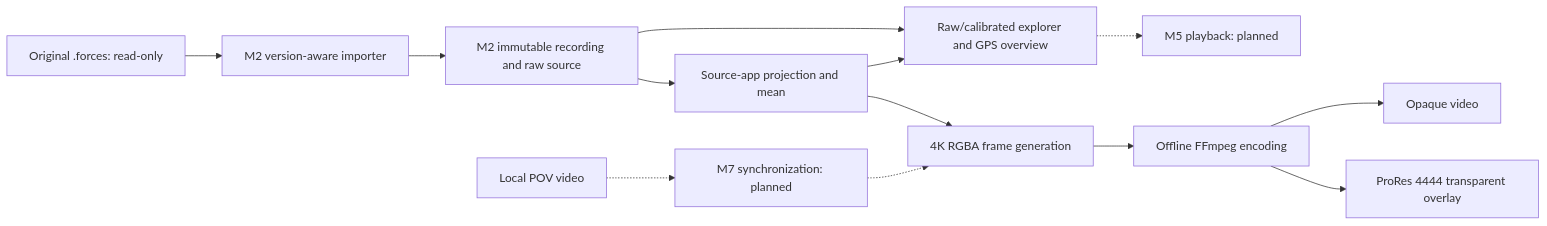
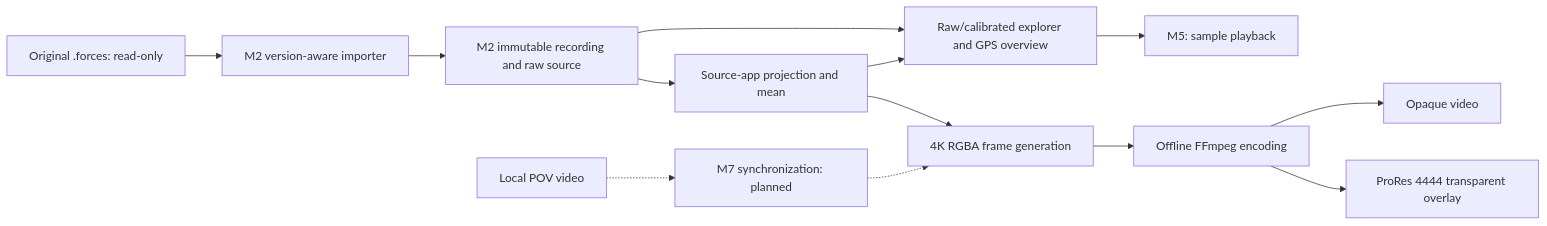
The diagram in docs/architecture/04_solution_strategy.md (rudnerbjoern/ride-forces-analyzer), drawn with Mermaid before and after one commit. The commit also changed other lines of this file and 17 other files, not shown here.

````diff
--- a/docs/architecture/04_solution_strategy.md
+++ b/docs/architecture/04_solution_strategy.md
@@ -13,15 +13,15 @@
 ```mermaid
 flowchart LR
     Original["Original .forces: read-only"] --> Importer["M2 version-aware importer"]
     Importer --> Canonical["M2 immutable recording and raw source"]
     Canonical --> Analysis["Source-app projection and mean"]
     Canonical --> Explorer["Raw/calibrated explorer and GPS overview"]
     Analysis --> Explorer
-    Explorer -.-> Playback["M5 playback: planned"]
+    Explorer --> Playback["M5: sample playback"]
     Analysis --> Frames["4K RGBA frame generation"]
     Frames --> Encoder["Offline FFmpeg encoding"]
     Encoder --> Opaque["Opaque video"]
     Encoder --> Overlay["ProRes 4444 transparent overlay"]
     POV["Local POV video"] -.-> Sync["M7 synchronization: planned"]
     Sync -.-> Frames
 ```
````
